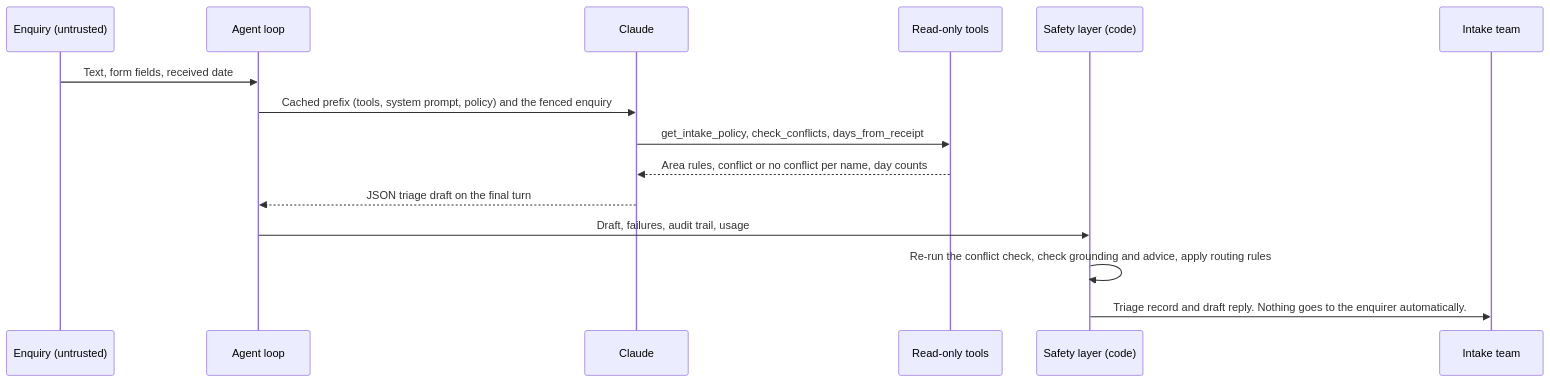
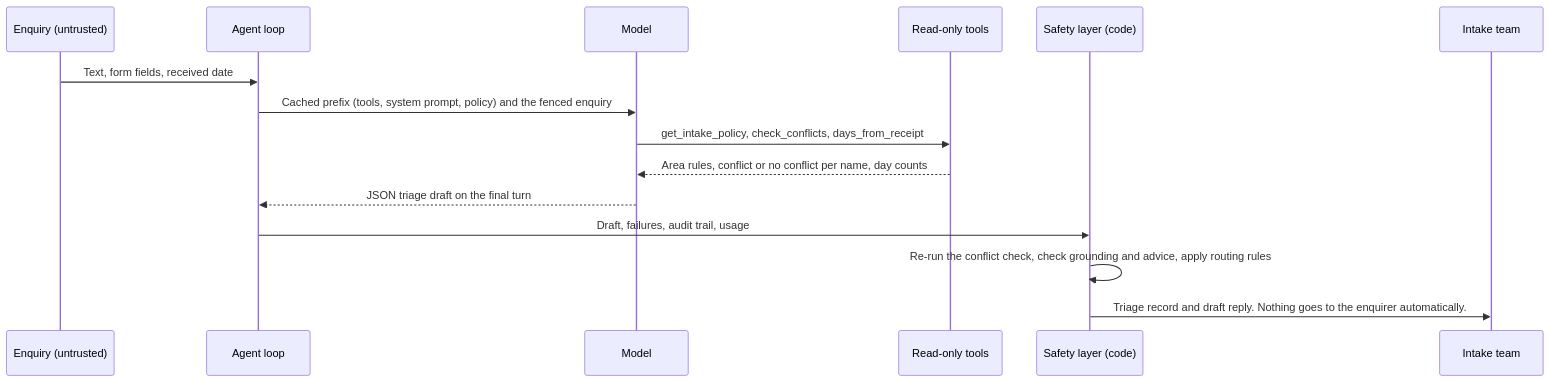
Before and after one commit to Danielkgr/intake-agent: the diagram in README.md, drawn with Mermaid. The commit also changed other lines of this file and 1 other file, not shown here.

First line of the commit message:
Generalise product wording from Claude to an Anthropic-backed agent

````diff
--- a/README.md
+++ b/README.md
@@ -87,17 +87,17 @@
 ```mermaid
 sequenceDiagram
     participant E as Enquiry (untrusted)
     participant L as Agent loop
-    participant C as Claude
+    participant C as Model
     participant T as Read-only tools
     participant S as Safety layer (code)
     participant P as Intake team
     E->>L: Text, form fields, received date
     L->>C: Cached prefix (tools, system prompt, policy) and the fenced enquiry
     C->>T: get_intake_policy, check_conflicts, days_from_receipt
     T-->>C: Area rules, conflict or no conflict per name, day counts
     C-->>L: JSON triage draft on the final turn
     L->>S: Draft, failures, audit trail, usage
     S->>S: Re-run the conflict check, check grounding and advice, apply routing rules
     S->>P: Triage record and draft reply.  Nothing goes to the enquirer automatically.
 ```
````
